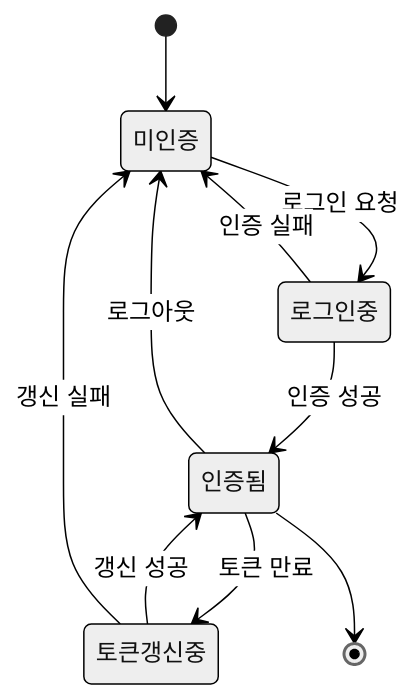
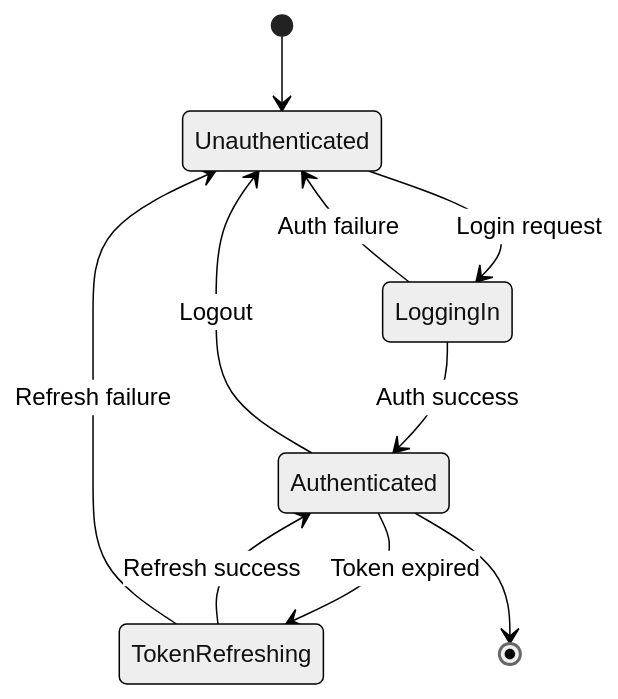
One commit to starfishfactory/ai changed the third of 3 diagrams in plugins/sdd-tech-spec/skills/spec-examples/SKILL.md. Above: the diagram before and after it, drawn with Mermaid (neutral theme). The commit also changed other lines of this file and 63 other files, not shown here.

````diff
--- a/plugins/sdd-tech-spec/skills/spec-examples/SKILL.md
+++ b/plugins/sdd-tech-spec/skills/spec-examples/SKILL.md
@@ -174,12 +157,12 @@
 ```mermaid
 stateDiagram-v2
-    [*] --> 미인증
-    미인증 --> 로그인중: 로그인 요청
-    로그인중 --> 인증됨: 인증 성공
-    로그인중 --> 미인증: 인증 실패
-    인증됨 --> 토큰갱신중: 토큰 만료
-    토큰갱신중 --> 인증됨: 갱신 성공
-    토큰갱신중 --> 미인증: 갱신 실패
-    인증됨 --> 미인증: 로그아웃
-    인증됨 --> [*]
+    [*] --> Unauthenticated
+    Unauthenticated --> LoggingIn: Login request
+    LoggingIn --> Authenticated: Auth success
+    LoggingIn --> Unauthenticated: Auth failure
+    Authenticated --> TokenRefreshing: Token expired
+    TokenRefreshing --> Authenticated: Refresh success
+    TokenRefreshing --> Unauthenticated: Refresh failure
+    Authenticated --> Unauthenticated: Logout
+    Authenticated --> [*]
 ```
````
